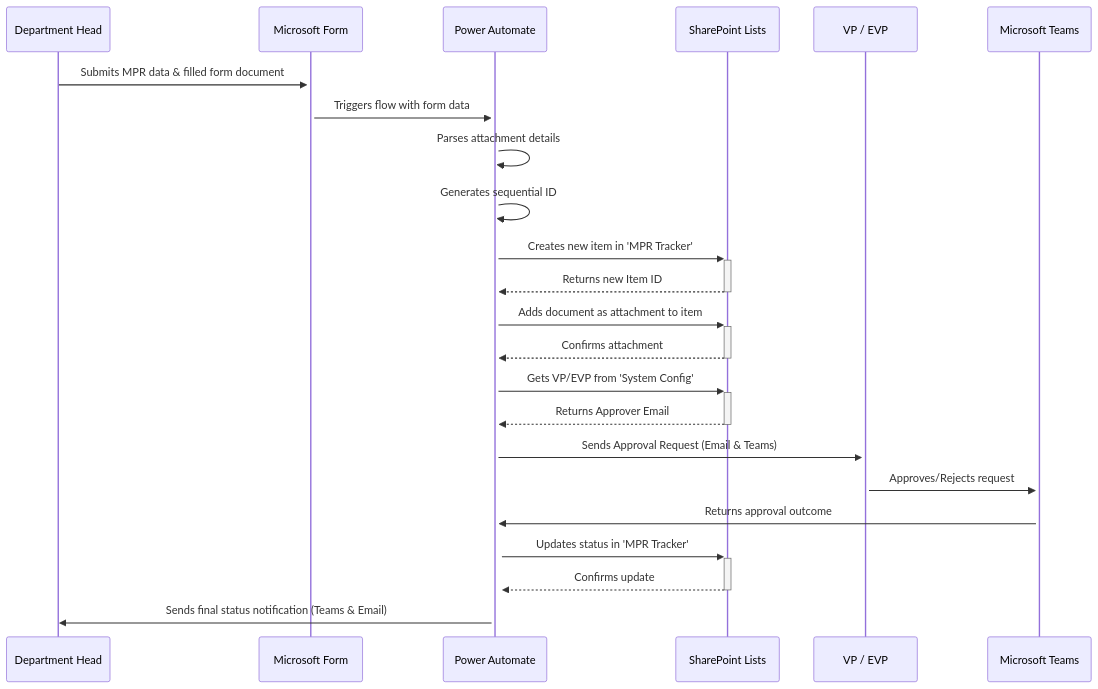
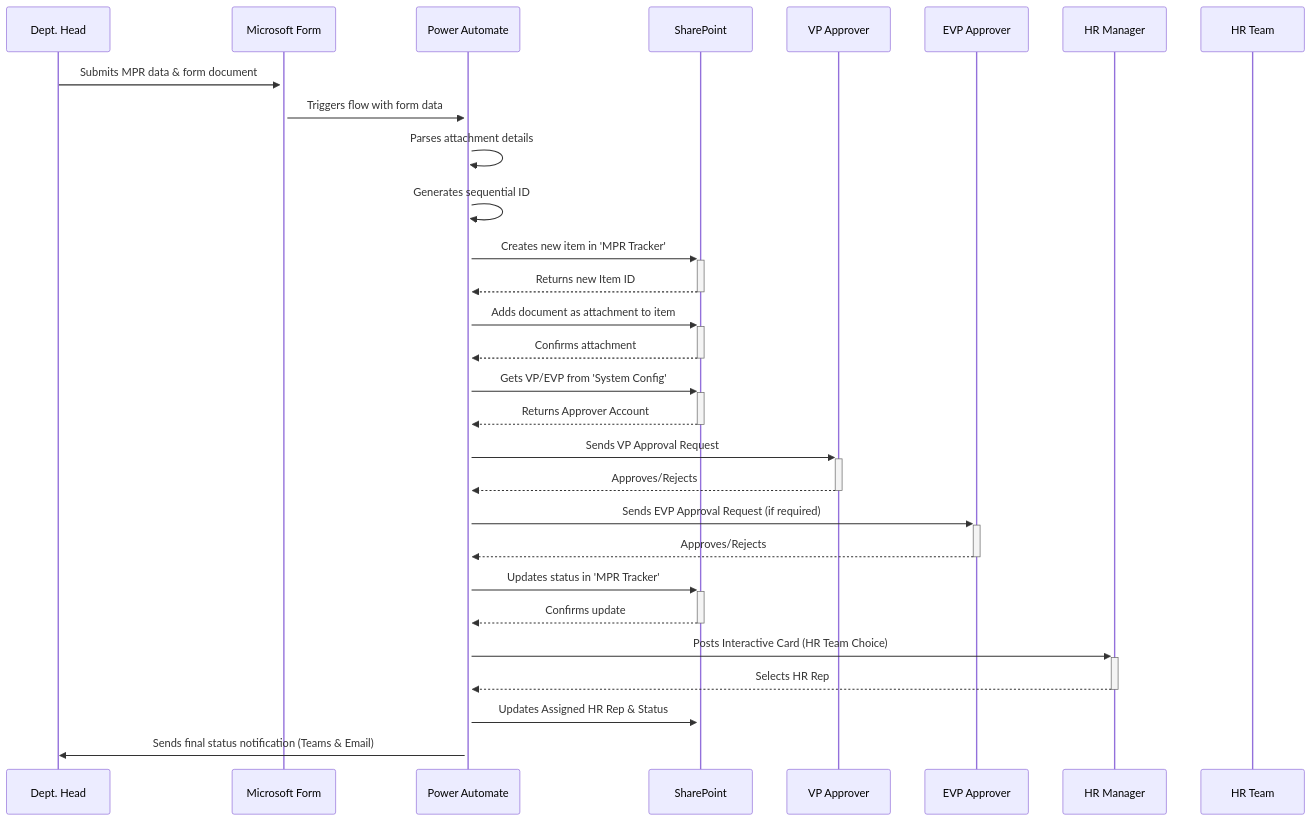
Before and after one commit to ahuraira/integrated-hr-recruitment-tracker: the second of 2 diagrams in docs/1-System-Architecture.md, drawn with Mermaid. The commit also changed other lines of this file and 3 other files, not shown here.

````diff
--- a/docs/1-System-Architecture.md
+++ b/docs/1-System-Architecture.md
@@ -56,26 +62,32 @@
 ```mermaid
 sequenceDiagram
-    participant User as Department Head
+    participant User as Dept. Head
     participant MSForm as Microsoft Form
     participant PA as Power Automate
-    participant SP as SharePoint Lists
-    participant Approver as VP / EVP
-    participant Teams as Microsoft Teams
+    participant SP as SharePoint
+    participant VP as VP Approver
+    participant EVP as EVP Approver
+    participant HR_Manager as HR Manager
+    participant HR_Team as HR Team
 
-    User->>+MSForm: Submits MPR data & filled form document
+    User->>+MSForm: Submits MPR data & form document
     MSForm->>+PA: Triggers flow with form data
     PA->>PA: Parses attachment details
     PA->>PA: Generates sequential ID
     PA->>+SP: Creates new item in 'MPR Tracker'
     SP-->>-PA: Returns new Item ID
     PA->>+SP: Adds document as attachment to item
     SP-->>-PA: Confirms attachment
     PA->>+SP: Gets VP/EVP from 'System Config'
-    SP-->>-PA: Returns Approver Email
-    PA->>+Approver: Sends Approval Request (Email & Teams)
-    Approver->>+Teams: Approves/Rejects request
-    Teams->>+PA: Returns approval outcome
+    SP-->>-PA: Returns Approver Account
+    PA->>+VP: Sends VP Approval Request
+    VP-->>-PA: Approves/Rejects
+    PA->>+EVP: Sends EVP Approval Request (if required)
+    EVP-->>-PA: Approves/Rejects
     PA->>+SP: Updates status in 'MPR Tracker'
     SP-->>-PA: Confirms update
+    PA->>+HR_Manager: Posts Interactive Card (HR Team Choice)
+    HR_Manager-->>-PA: Selects HR Rep
+    PA->>+SP: Updates Assigned HR Rep & Status
     PA->>User: Sends final status notification (Teams & Email)
 ```
````
